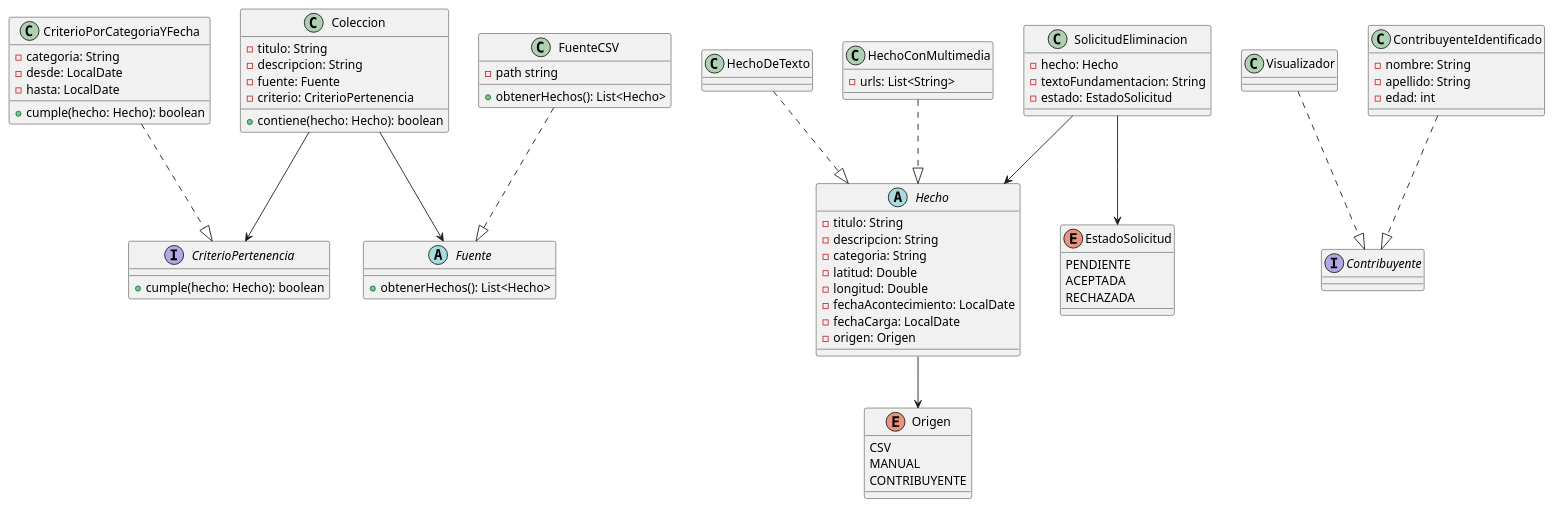
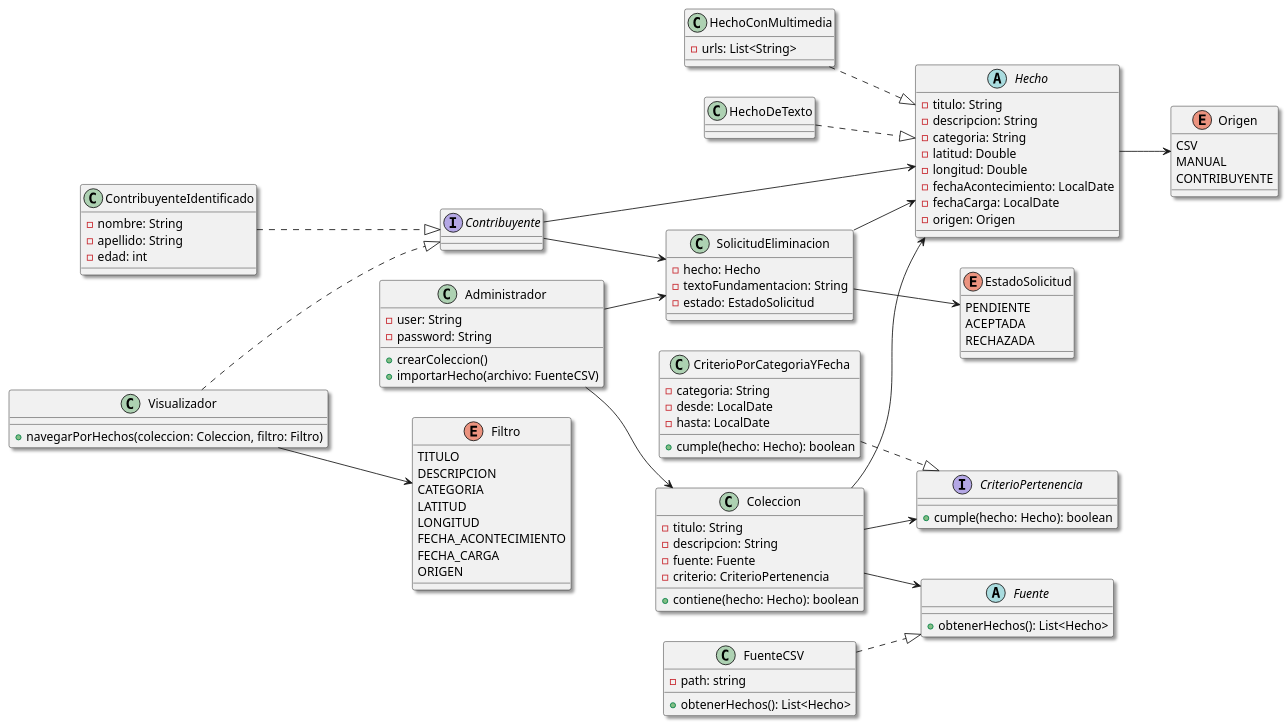
The diagram in Diagramas/diagrama.puml (ValentinVilla/tpa-diseno-sistemas-2025), drawn with PlantUML before and after one commit. The commit also changed 2 other files, not shown here.

```diff
--- a/Diagramas/diagrama.puml
+++ b/Diagramas/diagrama.puml
@@ -1,98 +1,125 @@
-@startuml classDiagram
+@startuml
+
+left to right direction
+
+skinparam shadowing true
+
+class Administrador {
+  - user: String
+  - password: String
+  + crearColeccion()
+  + importarHecho(archivo: FuenteCSV)
+}
 
 class Coleccion {
   - titulo: String
   - descripcion: String
   - fuente: Fuente
   - criterio: CriterioPertenencia
   + contiene(hecho: Hecho): boolean
 }
 
 abstract class Hecho {
   - titulo: String
   - descripcion: String
   - categoria: String
   - latitud: Double
   - longitud: Double
   - fechaAcontecimiento: LocalDate
   - fechaCarga: LocalDate
   - origen: Origen
 }
 
-class HechoDeTexto {}
-
 class HechoConMultimedia {
   - urls: List<String>
+}
+
+class HechoDeTexto{}
+
+enum Origen {
+  CSV
+  MANUAL
+  CONTRIBUYENTE
 }
 
 interface CriterioPertenencia {
   + cumple(hecho: Hecho): boolean
 }
 
 class CriterioPorCategoriaYFecha {
   - categoria: String
   - desde: LocalDate
   - hasta: LocalDate
   + cumple(hecho: Hecho): boolean
 }
 
-
-enum Origen {
-  CSV
-  MANUAL
-  CONTRIBUYENTE
-}
-
 abstract class Fuente {
   + obtenerHechos(): List<Hecho>
 }
 
 class FuenteCSV {
-  - path string
+  - path: string
   + obtenerHechos(): List<Hecho>
 }
 
-
-interface Contribuyente {
-}
-
-class Visualizador {
-}
+interface Contribuyente{}
 
 class ContribuyenteIdentificado {
   - nombre: String
   - apellido: String
   - edad: int
 }
 
+class Visualizador {
+  + navegarPorHechos(coleccion: Coleccion, filtro: Filtro)
+}
+
+enum Filtro {
+  TITULO
+  DESCRIPCION
+  CATEGORIA
+  LATITUD
+  LONGITUD
+  FECHA_ACONTECIMIENTO
+  FECHA_CARGA
+  ORIGEN
+}
 
 class SolicitudEliminacion {
   - hecho: Hecho
   - textoFundamentacion: String
   - estado: EstadoSolicitud
 }
 
 enum EstadoSolicitud {
   PENDIENTE
   ACEPTADA
   RECHAZADA
 }
 
+
+Administrador --> Coleccion
+Administrador --> SolicitudEliminacion
+
+Coleccion --> Hecho
+Coleccion --> Fuente
 Coleccion --> CriterioPertenencia
-Coleccion --> Fuente
+
+Hecho --> Origen
+HechoConMultimedia ..|> Hecho
+HechoDeTexto ..|> Hecho
 
 CriterioPorCategoriaYFecha ..|> CriterioPertenencia
 
 FuenteCSV ..|> Fuente
 
+Contribuyente --> Hecho
+Contribuyente --> SolicitudEliminacion
+ContribuyenteIdentificado ..|> Contribuyente
 Visualizador ..|> Contribuyente
-ContribuyenteIdentificado ..|> Contribuyente
-
-Hecho --> Origen
-
-HechoDeTexto ..|> Hecho
-HechoConMultimedia ..|> Hecho
+Visualizador --> Filtro
 
 SolicitudEliminacion --> Hecho
 SolicitudEliminacion --> EstadoSolicitud
+
 @enduml
```
